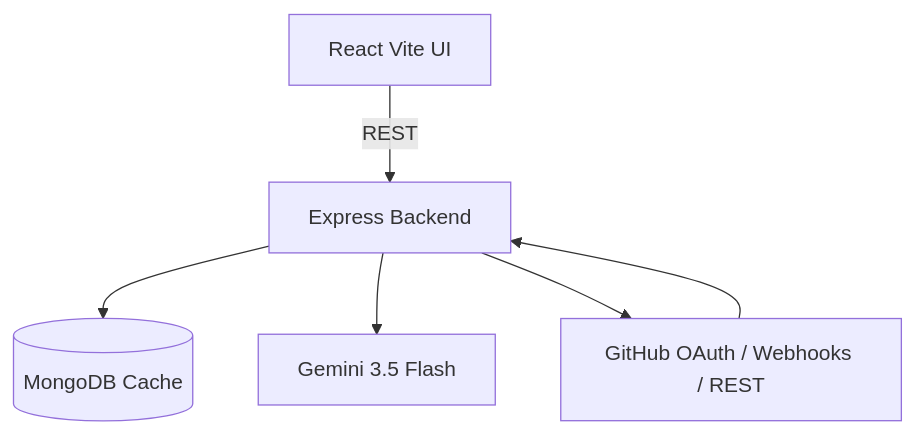
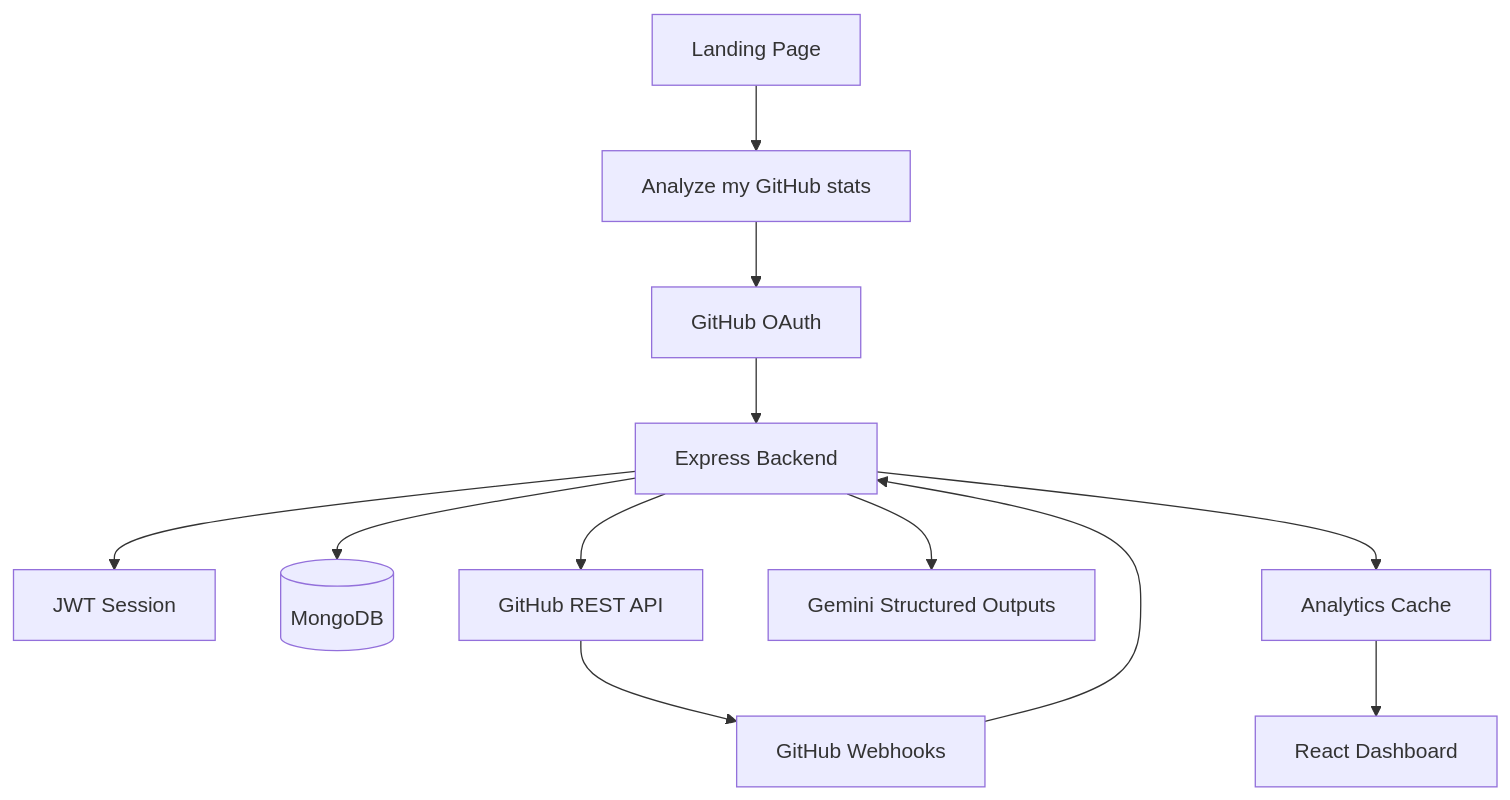
The first of 2 diagrams in README.md (kaizakin/pep-ca-2), drawn with Mermaid before and after one commit. The commit also changed other lines of this file and 2 other files, not shown here.

````diff
--- a/README.md
+++ b/README.md
@@ -10,8 +141,14 @@
 ```mermaid
 graph TD
-  UI[React Vite UI] -->|REST| API[Express Backend]
-  GH[GitHub OAuth / Webhooks / REST] --> API
-  API --> DB[(MongoDB Cache)]
-  API --> GEMINI[Gemini 3.5 Flash]
-  API --> GH
+  Landing[Landing Page] --> CTA[Analyze my GitHub stats]
+  CTA --> OAuth[GitHub OAuth]
+  OAuth --> API[Express Backend]
+  API --> JWT[JWT Session]
+  API --> Mongo[(MongoDB)]
+  API --> GitHub[GitHub REST API]
+  API --> Gemini[Gemini Structured Outputs]
+  GitHub --> Webhooks[GitHub Webhooks]
+  Webhooks --> API
+  API --> Cache[Analytics Cache]
+  Cache --> Dashboard[React Dashboard]
 ```
````
